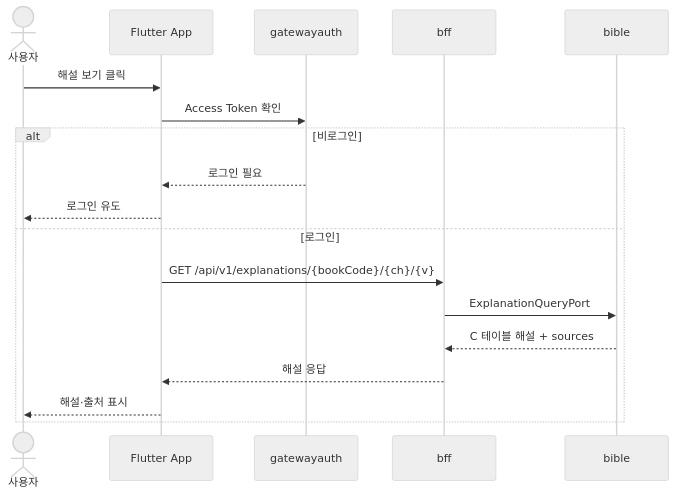
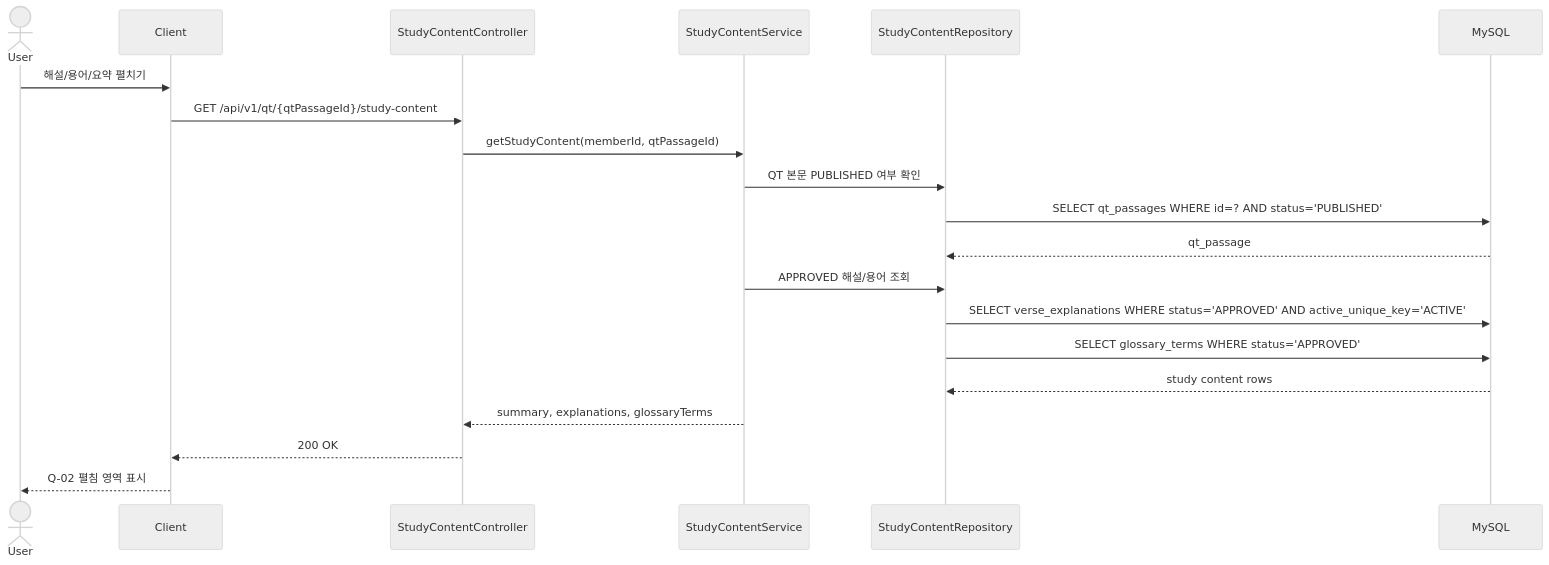
The fourth of 26 diagrams in 05_시퀀스_다이어그램.md (Tae0072/2nd-Team-Project), drawn with Mermaid (neutral theme) before and after one commit. The commit also changed other lines of this file and 11 other files, not shown here.

````diff
--- a/05_시퀀스_다이어그램.md
+++ b/05_시퀀스_다이어그램.md
@@ -78,21 +192,23 @@
 ```mermaid
 sequenceDiagram
-    actor User as 사용자
-    participant App as Flutter App
-    participant Auth as gatewayauth
-    participant BFF as bff
-    participant Bible as bible
+    actor User as User
+    participant Client as Client
+    participant StudyApi as StudyContentController
+    participant StudyService as StudyContentService
+    participant Repo as StudyContentRepository
+    participant MySQL as MySQL
 
-    User->>App: 해설 보기 클릭
-    App->>Auth: Access Token 확인
-    alt 비로그인
-        Auth-->>App: 로그인 필요
-        App-->>User: 로그인 유도
-    else 로그인
-        App->>BFF: GET /api/v1/explanations/{bookCode}/{ch}/{v}
-        BFF->>Bible: ExplanationQueryPort
-        Bible-->>BFF: C 테이블 해설 + sources
-        BFF-->>App: 해설 응답
-        App-->>User: 해설·출처 표시
-    end
+    User->>Client: 해설/용어/요약 펼치기
+    Client->>StudyApi: GET /api/v1/qt/{qtPassageId}/study-content
+    StudyApi->>StudyService: getStudyContent(memberId, qtPassageId)
+    StudyService->>Repo: QT 본문 PUBLISHED 여부 확인
+    Repo->>MySQL: SELECT qt_passages WHERE id=? AND status='PUBLISHED'
+    MySQL-->>Repo: qt_passage
+    StudyService->>Repo: APPROVED 해설/용어 조회
+    Repo->>MySQL: SELECT verse_explanations WHERE status='APPROVED' AND active_unique_key='ACTIVE'
+    Repo->>MySQL: SELECT glossary_terms WHERE status='APPROVED'
+    MySQL-->>Repo: study content rows
+    StudyService-->>StudyApi: summary, explanations, glossaryTerms
+    StudyApi-->>Client: 200 OK
+    Client-->>User: Q-02 펼침 영역 표시
 ```
````
